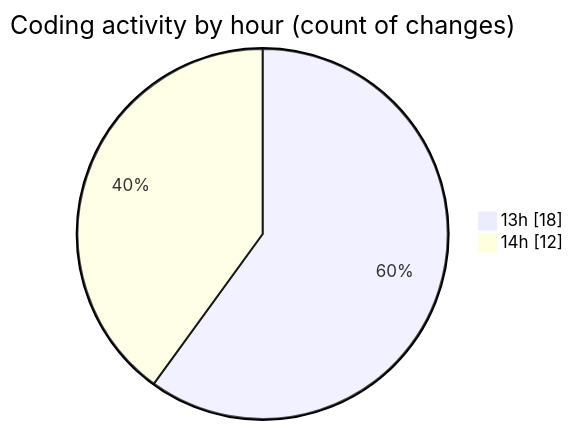
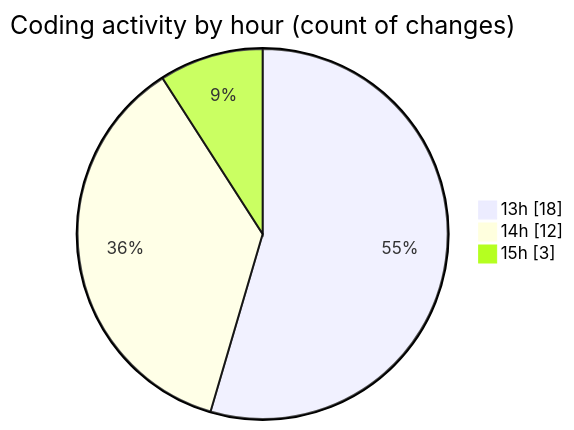
One commit to idhammustaqopulfikri/code-tracking changed the second of 2 diagrams in 2025-06-16/studio-backend/README.md. Above: the diagram before and after it, drawn with Mermaid. The commit also changed other lines of this file and 1 other file, not shown here.

````diff
--- a/2025-06-16/studio-backend/README.md
+++ b/2025-06-16/studio-backend/README.md
@@ -33,6 +33,7 @@
 ```mermaid
 pie showData
 title Coding activity by hour (count of changes)
 "13h" : 18
 "14h" : 12
+"15h" : 3
 ```
````
